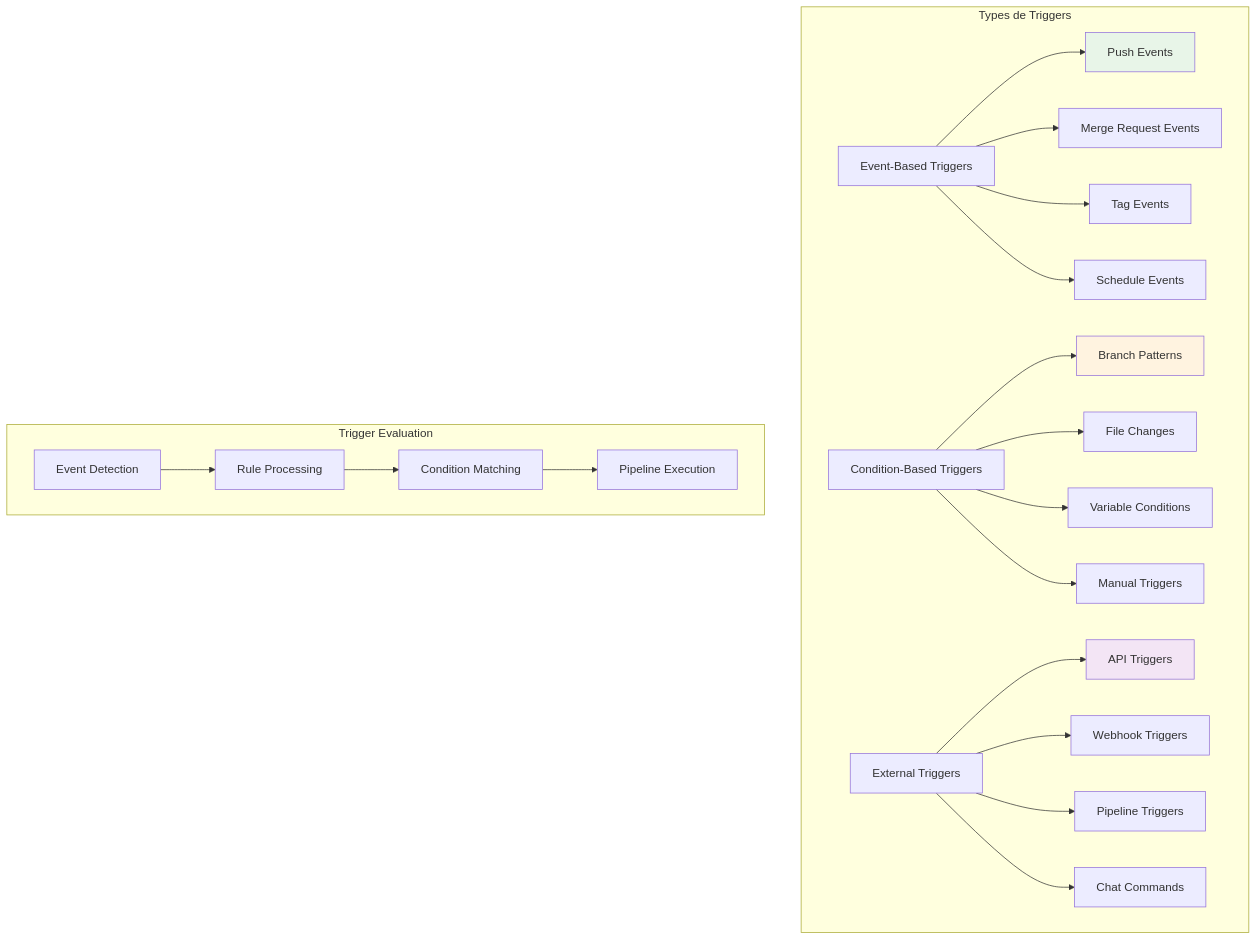
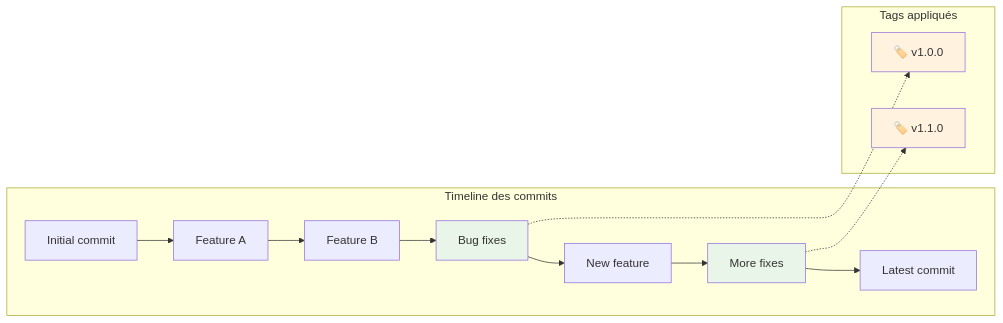
One commit to hassanaym83/Formation_Devops changed diagram 32 of 38 in Sprint2-Containerisation-CICD/Semaine-3-GitLab-CICD/cours/S2_S3_Seance1_introduction_gitlab_ci.md. Above: the diagram before and after it, drawn with Mermaid. The commit also changed other lines of this file, not shown here.

````diff
--- a/Sprint2-Containerisation-CICD/Semaine-3-GitLab-CICD/cours/S2_S3_Seance1_introduction_gitlab_ci.md
+++ b/Sprint2-Containerisation-CICD/Semaine-3-GitLab-CICD/cours/S2_S3_Seance1_introduction_gitlab_ci.md
@@ -3467,29 +3575,21 @@
 ```mermaid
-graph TB
-    subgraph "Types de Triggers"
-        A[Event-Based Triggers] --> A1[Push Events]
-        A --> A2[Merge Request Events]
-        A --> A3[Tag Events]
-        A --> A4[Schedule Events]
-
-        B[Condition-Based Triggers] --> B1[Branch Patterns]
-        B --> B2[File Changes]
-        B --> B3[Variable Conditions]
-        B --> B4[Manual Triggers]
-
-        C[External Triggers] --> C1[API Triggers]
-        C --> C2[Webhook Triggers]
-        C --> C3[Pipeline Triggers]
-        C --> C4[Chat Commands]
+graph LR
+    subgraph "Timeline des commits"
+        A[Initial commit] --> B[Feature A]
+        B --> C[Feature B]
+        C --> D[Bug fixes]
+        D --> E[New feature]
+        E --> F[More fixes]
+        F --> G[Latest commit]
     end
 
-    subgraph "Trigger Evaluation"
-        D[Event Detection] --> E[Rule Processing]
-        E --> F[Condition Matching]
-        F --> G[Pipeline Execution]
+    subgraph "Tags appliqués"
+        D -.-> D1[🏷️ v1.0.0]
+        F -.-> F1[🏷️ v1.1.0]
     end
 
-    style A1 fill:#e8f5e8
-    style B1 fill:#fff3e0
-    style C1 fill:#f3e5f5
+    style D fill:#e8f5e8
+    style F fill:#e8f5e8
+    style D1 fill:#fff3e0
+    style F1 fill:#fff3e0
 ```
````
